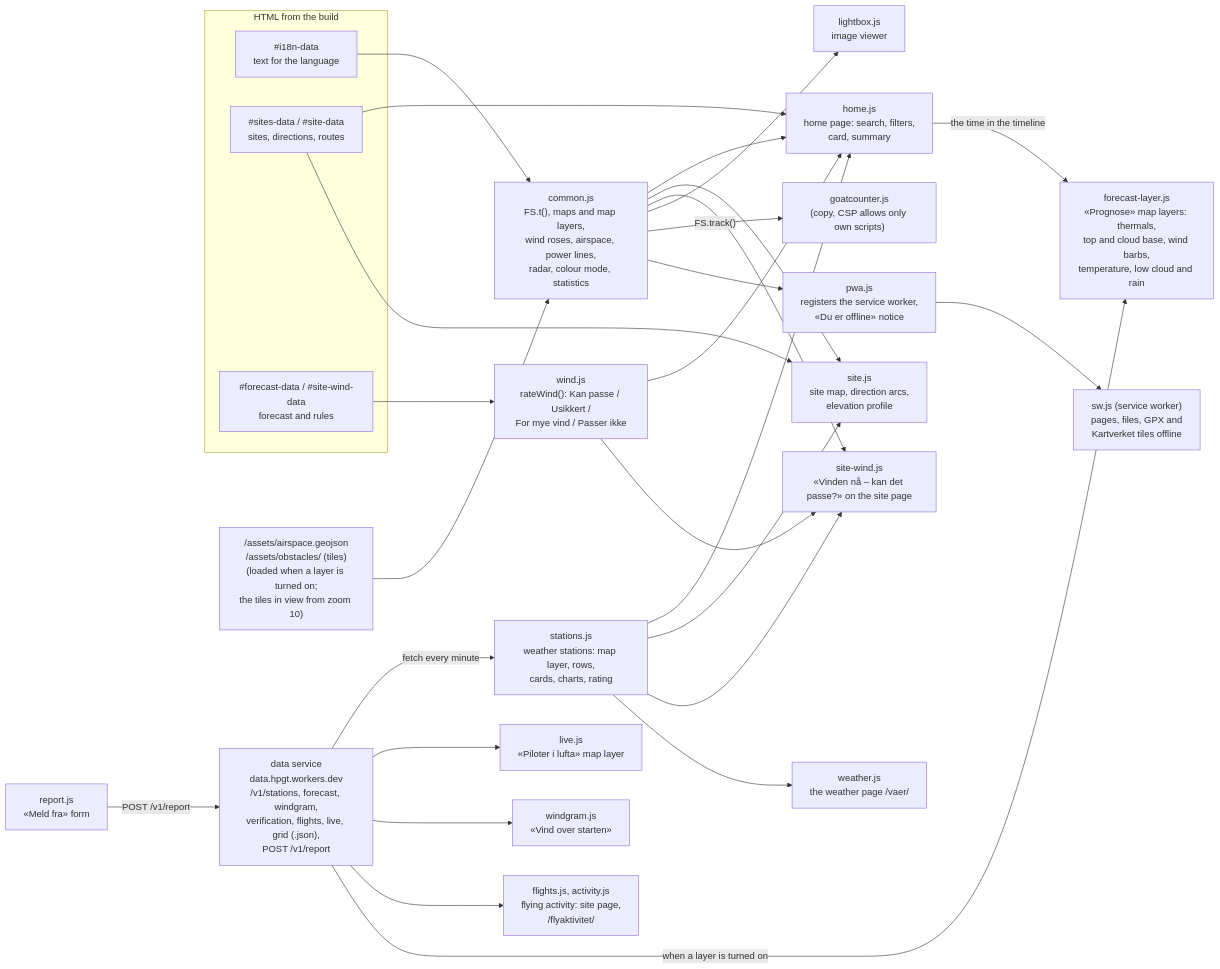
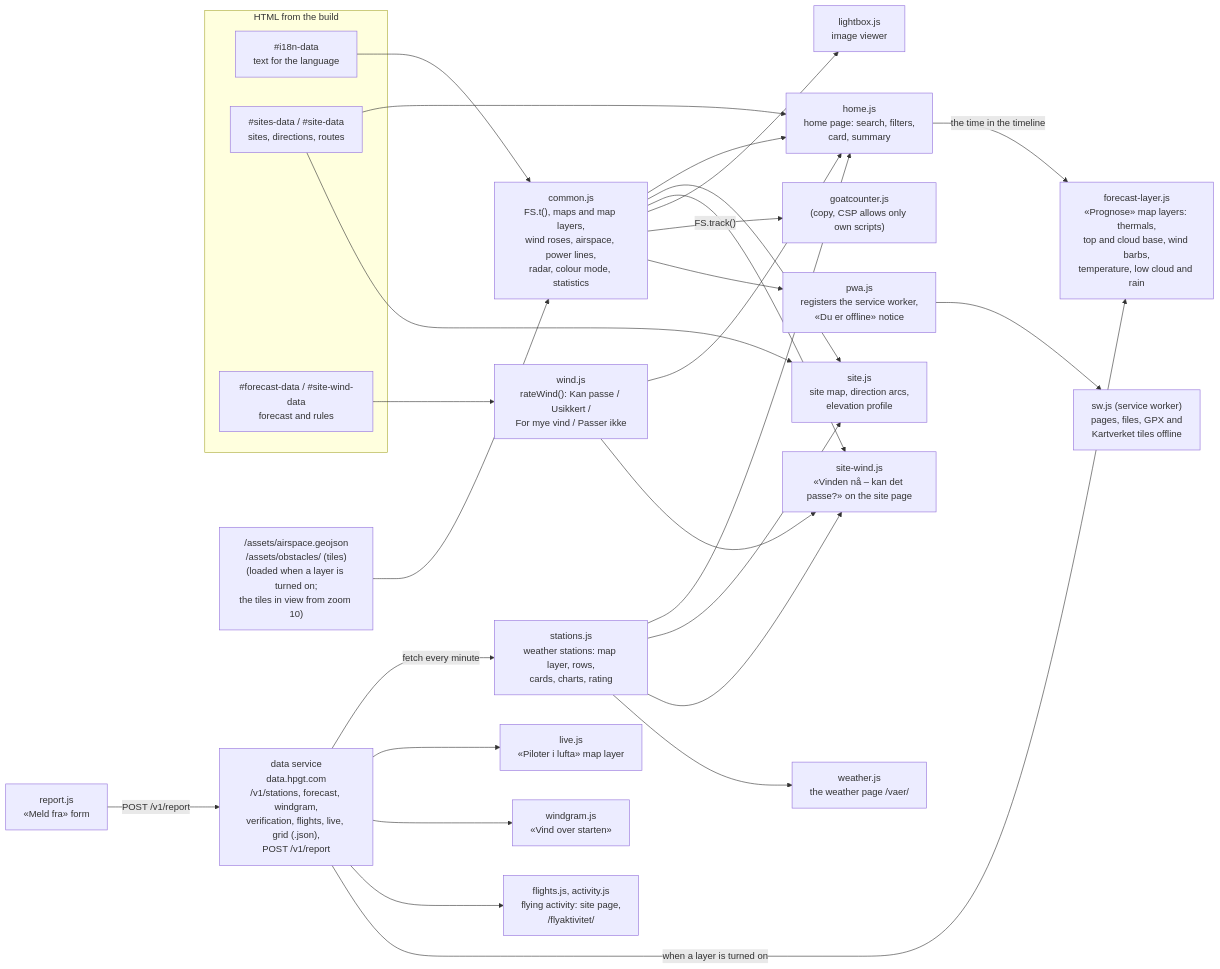
Before and after one commit to hpgt-com/flying-sites: the third of 7 diagrams in docs/architecture.md, drawn with Mermaid. The commit also changed other lines of this file and 8 other files, not shown here.

First line of the commit message:
Siden, sjekkene og workflowene bruker data.hpgt.com (#294)

````diff
--- a/docs/architecture.md
+++ b/docs/architecture.md
@@ -134,40 +134,40 @@
 ```mermaid
 flowchart LR
   subgraph page["HTML from the build"]
     j1["#i18n-data<br/>text for the language"]
     j2["#sites-data / #site-data<br/>sites, directions, routes"]
     j3["#forecast-data / #site-wind-data<br/>forecast and rules"]
   end
 
   common["common.js<br/>FS.t(), maps and map layers,<br/>wind roses, airspace, power lines,<br/>radar, colour mode, statistics"]
   assets["/assets/airspace.geojson<br/>/assets/obstacles/ (tiles)<br/>(loaded when a layer is turned on;<br/>the tiles in view from zoom 10)"]
   wind["wind.js<br/>rateWind(): Kan passe / Usikkert /<br/>For mye vind / Passer ikke"]
   home["home.js<br/>home page: search, filters,<br/>card, summary"]
   site["site.js<br/>site map, direction arcs,<br/>elevation profile"]
   sitewind["site-wind.js<br/>«Vinden nå – kan det passe?» on the site page"]
   stations["stations.js<br/>weather stations: map layer, rows,<br/>cards, charts, rating"]
   weather["weather.js<br/>the weather page /vaer/"]
-  data["data service<br/>data.hpgt.workers.dev<br/>/v1/stations, forecast, windgram,<br/>verification, flights, live, grid (.json),<br/>POST /v1/report"]
+  data["data service<br/>data.hpgt.com<br/>/v1/stations, forecast, windgram,<br/>verification, flights, live, grid (.json),<br/>POST /v1/report"]
   live["live.js<br/>«Piloter i lufta» map layer"]
   forecastlayer["forecast-layer.js<br/>«Prognose» map layers: thermals,<br/>top and cloud base, wind barbs,<br/>temperature, low cloud and rain"]
   windgram["windgram.js<br/>«Vind over starten»"]
   flights["flights.js, activity.js<br/>flying activity: site page,<br/>/flyaktivitet/"]
   report["report.js<br/>«Meld fra» form"]
   lightbox["lightbox.js<br/>image viewer"]
   goat["goatcounter.js<br/>(copy, CSP allows only own scripts)"]
   pwa["pwa.js<br/>registers the service worker,<br/>«Du er offline» notice"]
   sw["sw.js (service worker)<br/>pages, files, GPX and<br/>Kartverket tiles offline"]
 
   j1 --> common
   assets --> common
   common --> home & site & sitewind & lightbox
   j2 --> home & site
   j3 --> wind --> home & sitewind
   data -- "fetch every minute" --> stations --> home & site & sitewind & weather
   data --> live & windgram & flights
   data -- "when a layer is turned on" --> forecastlayer
   home -- "the time in the timeline" --> forecastlayer
   report -- "POST /v1/report" --> data
   common -- "FS.track()" --> goat
   common --> pwa --> sw
 ```
````
